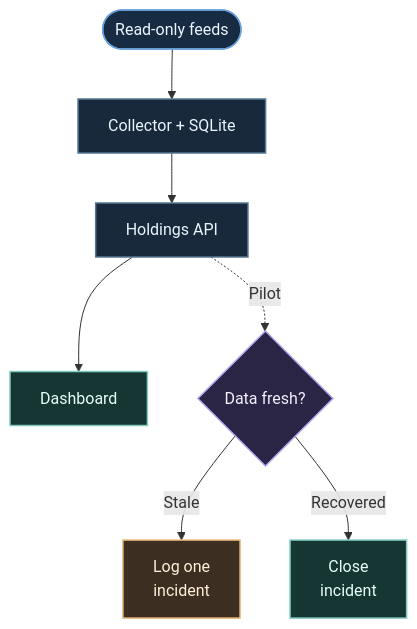
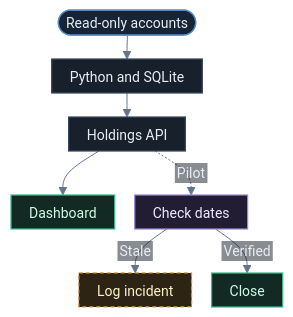
One commit to kazuall/finance-process-portfolio changed the diagram in diagrams/holdings-compact.mmd. Above: the diagram before and after it, drawn with Mermaid. The commit also changed 12 other files, not shown here.

```diff
--- a/diagrams/holdings-compact.mmd
+++ b/diagrams/holdings-compact.mmd
@@ -1,12 +1,37 @@
+---
+config:
+  theme: base
+  htmlLabels: false
+  themeVariables:
+    darkMode: true
+    background: transparent
+    fontFamily: 'Inter, -apple-system, BlinkMacSystemFont, Segoe UI, sans-serif'
+    fontSize: '14px'
+    primaryTextColor: '#e6edf3'
+    lineColor: '#64748b'
+    textColor: '#e6edf3'
+    edgeLabelBackground: '#141a24'
+    clusterBkg: '#141a24'
+    clusterBorder: '#303d52'
+  flowchart:
+    htmlLabels: false
+    useMaxWidth: false
+    nodeSpacing: 20
+    rankSpacing: 24
+    padding: 9
+    diagramPadding: 10
+    curve: basis
+  themeCSS: 'text{font-family: Inter, "Segoe UI", Arial, sans-serif;}.node rect.label-container{rx:8px;ry:8px}.cluster rect{rx:8px;ry:8px}.edgeLabel .labelBkg{fill:#141a24 !important}.edgeLabel text{fill:#c5d2e4 !important}.cluster-label text{fill:#c5d2e4 !important;font-weight:600}'
+---
 flowchart TB
-  feeds(["Read-only feeds"]):::feed --> collect["Collector + SQLite"]:::data
-  collect --> api["Holdings API"]:::data
-  api --> dash["Dashboard"]:::confirmed
-  api -. Pilot .-> fresh{"Data fresh?"}:::check
-  fresh -->|Stale| incident["Log one<br/>incident"]:::review
-  fresh -->|Recovered| close["Close<br/>incident"]:::confirmed
-  classDef feed fill:#172b43,stroke:#6aa2db,stroke-width:1.5px,color:#ecf6ff
-  classDef data fill:#17293a,stroke:#537895,stroke-width:1.5px,color:#ebf5fd
-  classDef check fill:#2a2544,stroke:#b2a0f3,stroke-width:1.5px,color:#f5efff
-  classDef review fill:#3d2e22,stroke:#e7b979,stroke-width:1.5px,color:#fff1d9
-  classDef confirmed fill:#153632,stroke:#80cabe,stroke-width:1.5px,color:#e8fffa
+  feeds(["Read-only accounts"]):::source --> collect["Python and SQLite"]:::process
+  collect --> api["Holdings API"]:::process
+  api --> dash["Dashboard"]:::output
+  api -. Pilot .-> fresh["Check dates"]:::check
+  fresh -->|Stale| inspect["Log incident"]:::human
+  fresh -->|Verified| close["Close"]:::output
+  classDef source fill:#162436,stroke:#5b8ec9,color:#e6edf3,stroke-width:1.25px
+  classDef process fill:#18202c,stroke:#3b4960,color:#e6edf3,stroke-width:1.25px
+  classDef check fill:#231d33,stroke:#9b87d4,color:#ede9fe,stroke-width:1.25px
+  classDef human fill:#2e2415,stroke:#d99b43,color:#fef3c7,stroke-width:1.25px,stroke-dasharray:4 3
+  classDef output fill:#132a24,stroke:#3fb98b,color:#d1fae5,stroke-width:1.25px
```
